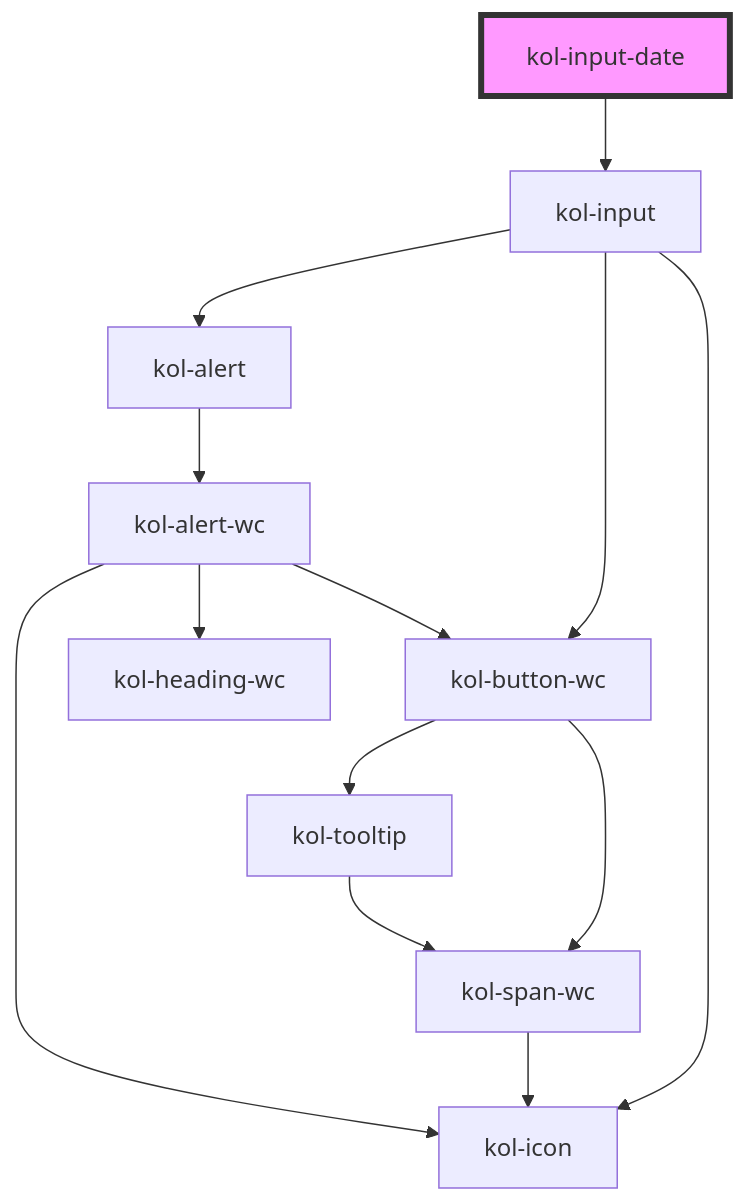
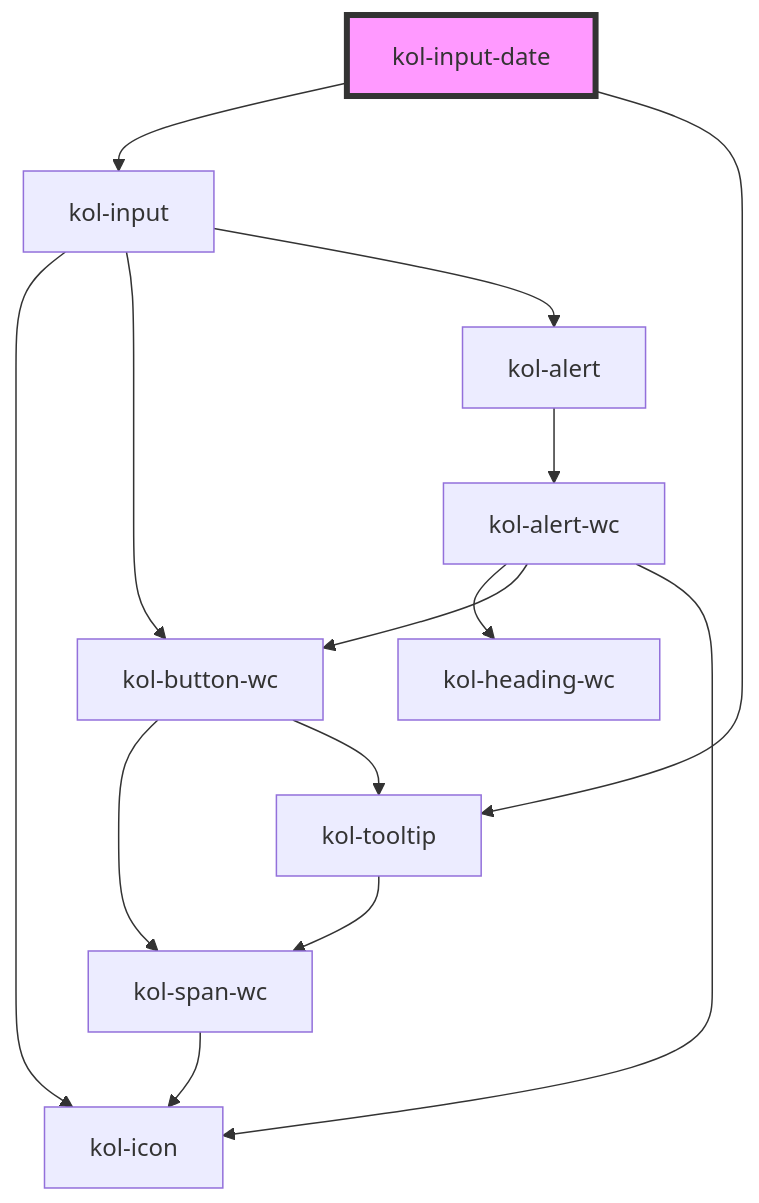
The diagram in packages/components/src/components/input-date/readme.md (public-ui/kolibri), drawn with Mermaid before and after one commit. The commit also changed other lines of this file and 96 other files, not shown here.

````diff
--- a/packages/components/src/components/input-date/readme.md
+++ b/packages/components/src/components/input-date/readme.md
@@ -98,16 +100,17 @@
 ```mermaid
 graph TD;
   kol-input-date --> kol-input
+  kol-input-date --> kol-tooltip
   kol-input --> kol-icon
   kol-input --> kol-button-wc
   kol-input --> kol-alert
   kol-button-wc --> kol-span-wc
   kol-button-wc --> kol-tooltip
   kol-span-wc --> kol-icon
   kol-tooltip --> kol-span-wc
   kol-alert --> kol-alert-wc
   kol-alert-wc --> kol-heading-wc
   kol-alert-wc --> kol-button-wc
   kol-alert-wc --> kol-icon
   style kol-input-date fill:#f9f,stroke:#333,stroke-width:4px
 ```
````
